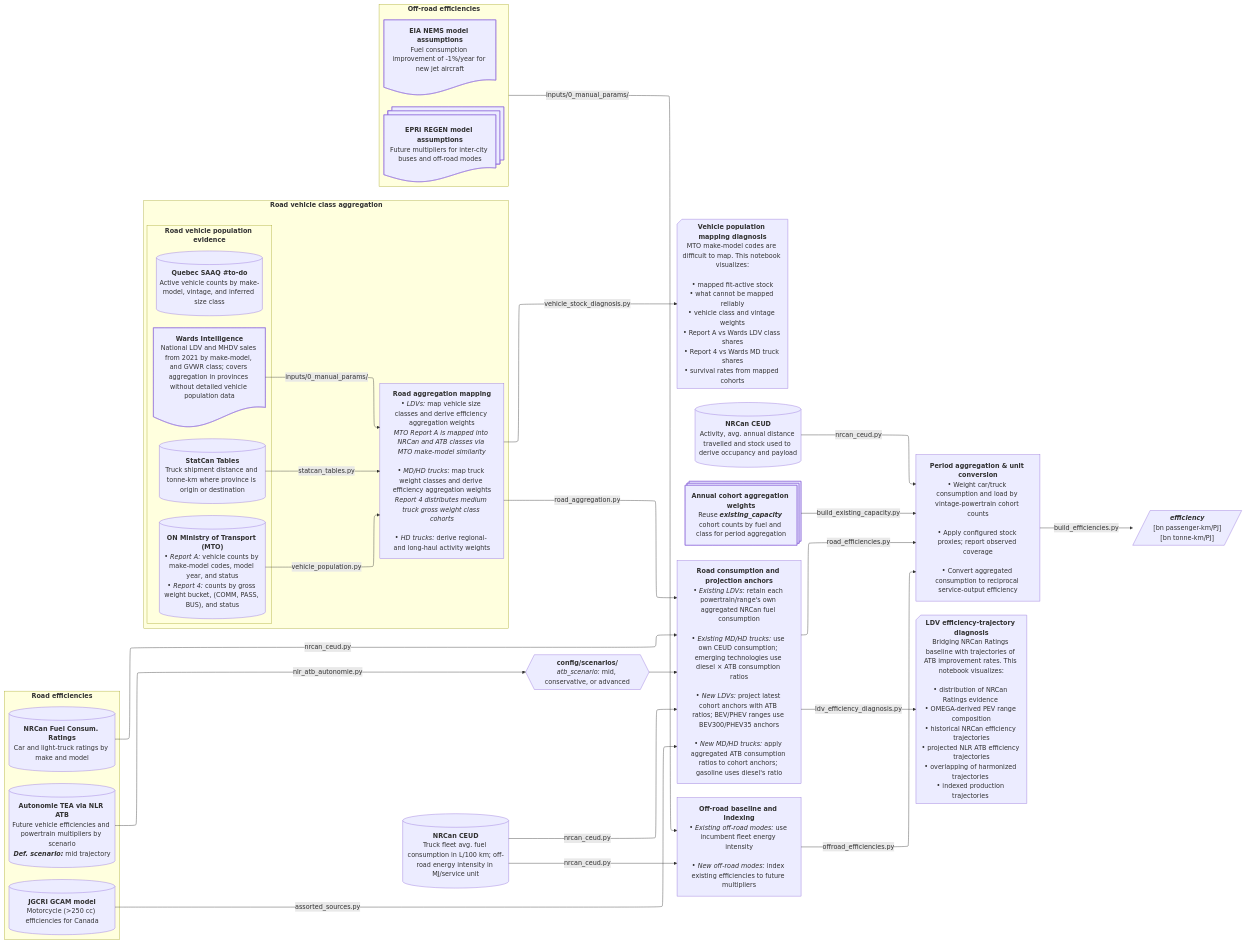
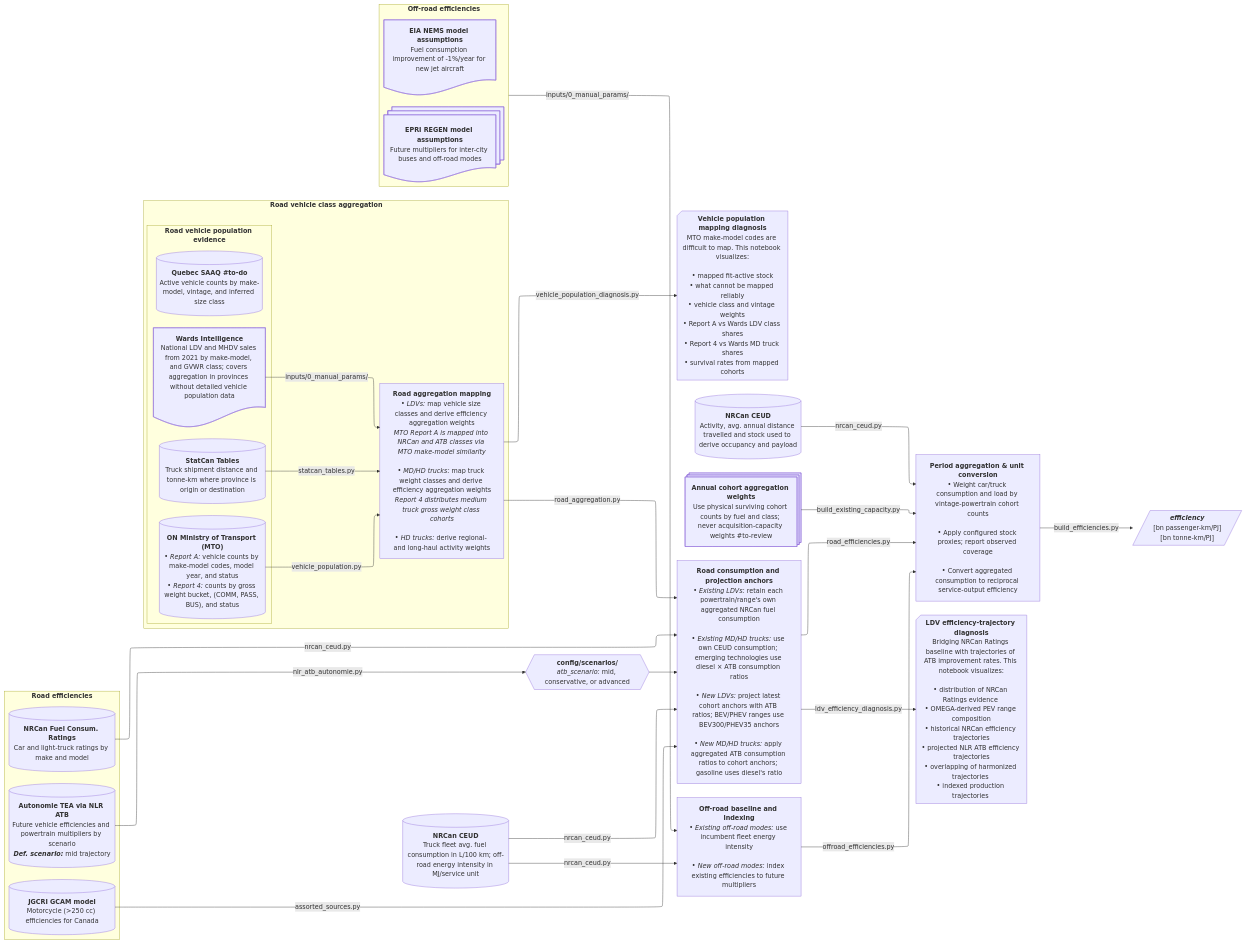
The sixth of 12 diagrams in docs/etl_flowcharts.md (CANOE-main/canoe-transportation), drawn with Mermaid before and after one commit. The commit also changed other lines of this file and 198 other files, not shown here.

```diff
--- a/docs/etl_flowcharts.md
+++ b/docs/etl_flowcharts.md
@@ -476,7 +496,7 @@
       • Report A vs Wards LDV class shares
       • Report 4 vs Wards MD truck shares
       • survival rates from mapped cohorts"}
-    p0 -- vehicle_stock_diagnosis.py --> p0_2
+    p0 -- vehicle_population_diagnosis.py --> p0_2
 
   subgraph road["`**Road efficiencies**`"]
     s1[("`**NRCan Fuel Consum. Ratings**
@@ -501,7 +521,7 @@
   s9[("`**NRCan CEUD**
     Activity, avg. annual distance travelled and stock used to derive occupancy and payload`")]
   s11@{shape: processes, label: "**Annual cohort aggregation weights**
-      Reuse ***existing_capacity*** cohort counts by fuel and class for period aggregation"}  
+      Use physical surviving cohort counts by fuel and class; never acquisition-capacity weights #to-review"}
 
   %% ############ Processes ###########
   p2_2@{shape: hex, label: "**config/scenarios/**
```
